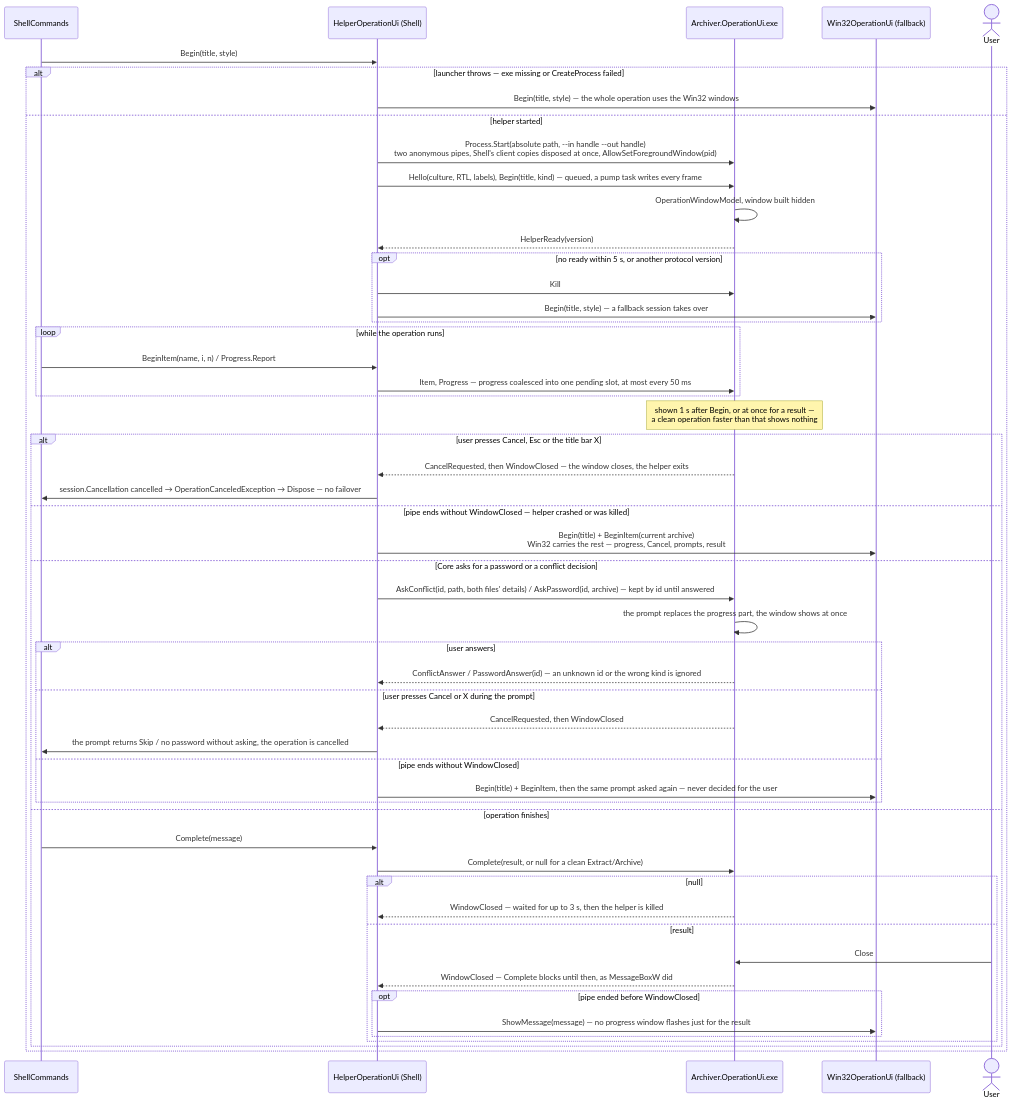
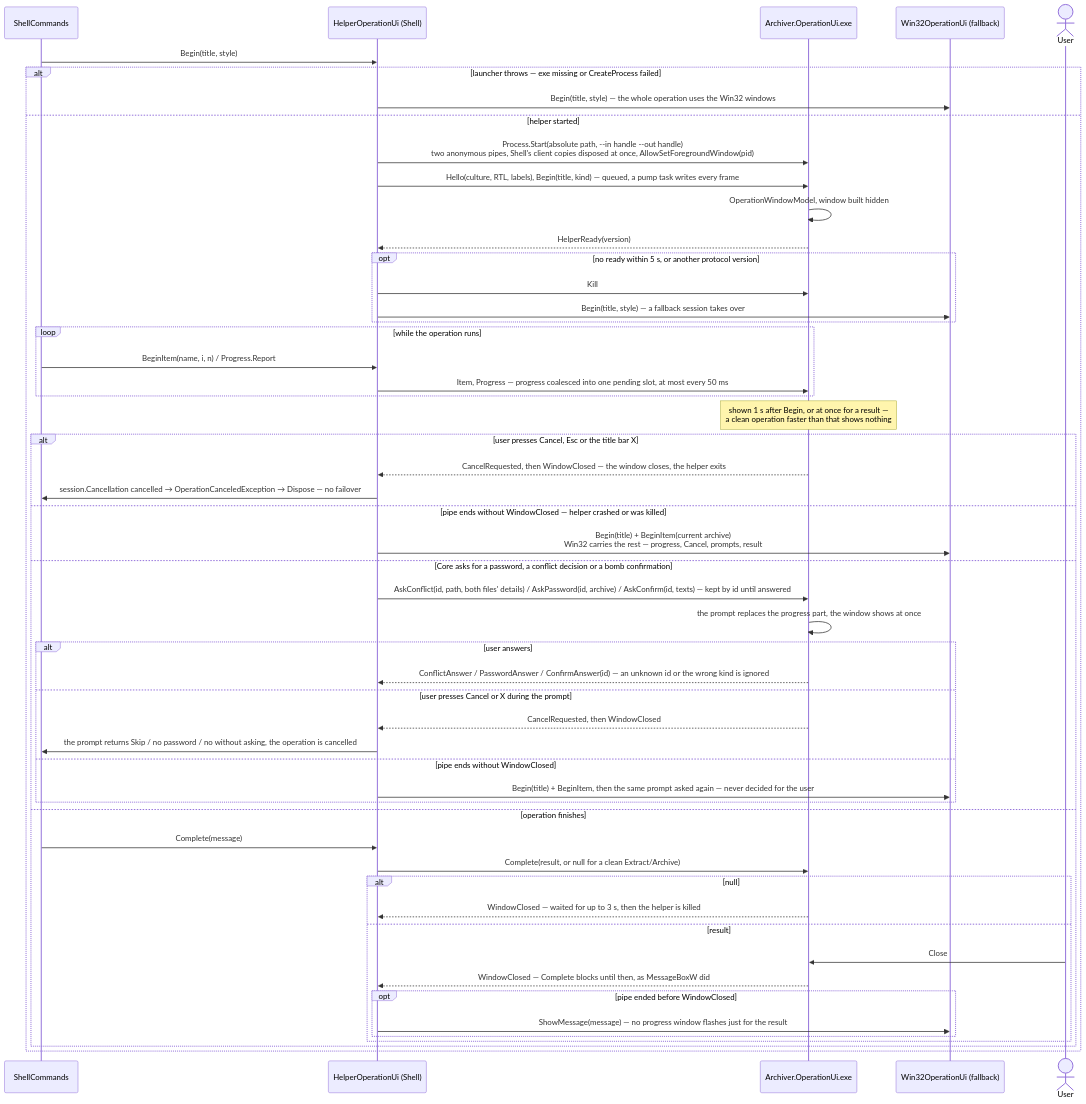
One commit to pakkoapp-oss/pakko changed the eighth of 8 diagrams in docs/DIAGRAMS.md. Above: the diagram before and after it, drawn with Mermaid. The commit also changed 55 other files, not shown here.

First line of the commit message:
feat(shell): T-F217 - Explorer asks before extracting a suspected compression bomb

````diff
--- a/docs/DIAGRAMS.md
+++ b/docs/DIAGRAMS.md
@@ -925,56 +925,56 @@
 ```mermaid
 sequenceDiagram
     participant Cmd as ShellCommands
     participant HUI as HelperOperationUi (Shell)
     participant H as Archiver.OperationUi.exe
     participant W as Win32OperationUi (fallback)
     actor User
 
     Cmd->>HUI: Begin(title, style)
     alt launcher throws — exe missing or CreateProcess failed
         HUI->>W: Begin(title, style) — the whole operation uses the Win32 windows
     else helper started
         HUI->>H: Process.Start(absolute path, --in handle --out handle)<br/>two anonymous pipes, Shell's client copies disposed at once, AllowSetForegroundWindow(pid)
         HUI->>H: Hello(culture, RTL, labels), Begin(title, kind) — queued, a pump task writes every frame
         H->>H: OperationWindowModel, window built hidden
         H-->>HUI: HelperReady(version)
         opt no ready within 5 s, or another protocol version
             HUI->>H: Kill
             HUI->>W: Begin(title, style) — a fallback session takes over
         end
         loop while the operation runs
             Cmd->>HUI: BeginItem(name, i, n) / Progress.Report
             HUI->>H: Item, Progress — progress coalesced into one pending slot, at most every 50 ms
         end
         Note over H: shown 1 s after Begin, or at once for a result —<br/>a clean operation faster than that shows nothing
         alt user presses Cancel, Esc or the title bar X
             H-->>HUI: CancelRequested, then WindowClosed — the window closes, the helper exits
             HUI->>Cmd: session.Cancellation cancelled → OperationCanceledException → Dispose — no failover
         else pipe ends without WindowClosed — helper crashed or was killed
             HUI->>W: Begin(title) + BeginItem(current archive)<br/>Win32 carries the rest — progress, Cancel, prompts, result
-        else Core asks for a password or a conflict decision
-            HUI->>H: AskConflict(id, path, both files' details) / AskPassword(id, archive) — kept by id until answered
+        else Core asks for a password, a conflict decision or a bomb confirmation
+            HUI->>H: AskConflict(id, path, both files' details) / AskPassword(id, archive) / AskConfirm(id, texts) — kept by id until answered
             H->>H: the prompt replaces the progress part, the window shows at once
             alt user answers
-                H-->>HUI: ConflictAnswer / PasswordAnswer(id) — an unknown id or the wrong kind is ignored
+                H-->>HUI: ConflictAnswer / PasswordAnswer / ConfirmAnswer(id) — an unknown id or the wrong kind is ignored
             else user presses Cancel or X during the prompt
                 H-->>HUI: CancelRequested, then WindowClosed
-                HUI->>Cmd: the prompt returns Skip / no password without asking, the operation is cancelled
+                HUI->>Cmd: the prompt returns Skip / no password / no without asking, the operation is cancelled
             else pipe ends without WindowClosed
                 HUI->>W: Begin(title) + BeginItem, then the same prompt asked again — never decided for the user
             end
         else operation finishes
             Cmd->>HUI: Complete(message)
             HUI->>H: Complete(result, or null for a clean Extract/Archive)
             alt null
                 H-->>HUI: WindowClosed — waited for up to 3 s, then the helper is killed
             else result
                 User->>H: Close
                 H-->>HUI: WindowClosed — Complete blocks until then, as MessageBoxW did
                 opt pipe ended before WindowClosed
                     HUI->>W: ShowMessage(message) — no progress window flashes just for the result
                 end
             end
         end
     end
 ```
````
